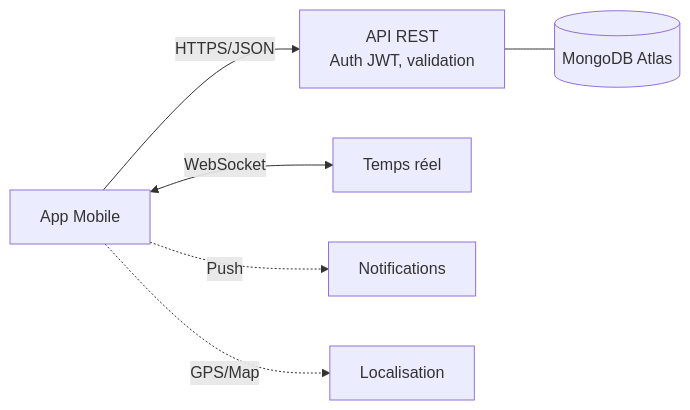
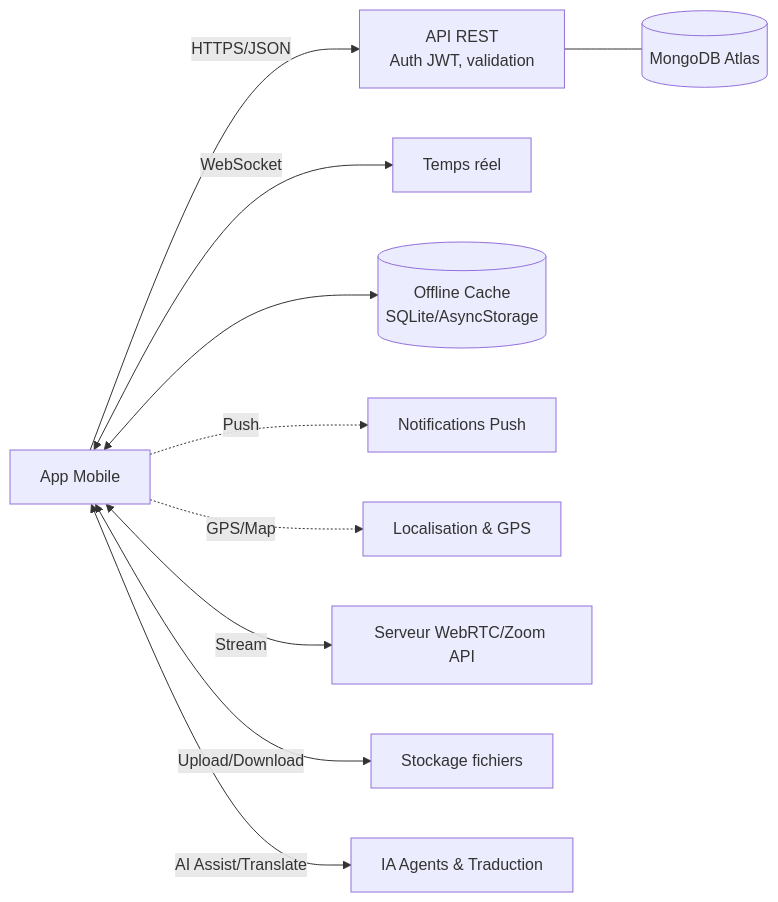
Before and after one commit to youcisla/SwapSkill: the first of 2 diagrams in README.md, drawn with Mermaid. The commit also changed other lines of this file, not shown here.

`````diff
--- a/README.md
+++ b/README.md
@@ -46,15 +93,23 @@
 ```mermaid
 flowchart LR
   App[App Mobile]
   API[API REST\nAuth JWT, validation]
   WS[Temps réel]
   DB[(MongoDB Atlas)]
-  Push[Notifications]
-  Maps[Localisation]
+  Cache[(Offline Cache\nSQLite/AsyncStorage)]
+  Push[Notifications Push]
+  Maps[Localisation & GPS]
+  Video[Serveur WebRTC/Zoom API]
+  Files[Stockage fichiers]
+  AI[IA Agents & Traduction]
 
   App -- HTTPS/JSON --> API
   API --- DB
   App <-- WebSocket --> WS
   App -. Push .-> Push
   App -. GPS/Map .-> Maps
+  App <-- Stream --> Video
+  App <-- Upload/Download --> Files
+  App <-- AI Assist/Translate --> AI
+  App <--> Cache
 ````
`````
